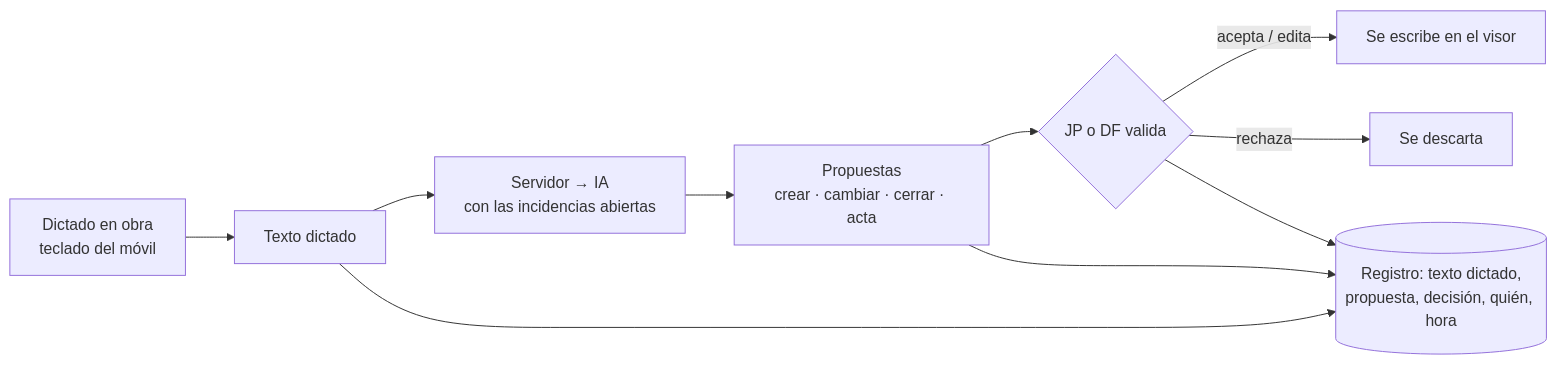
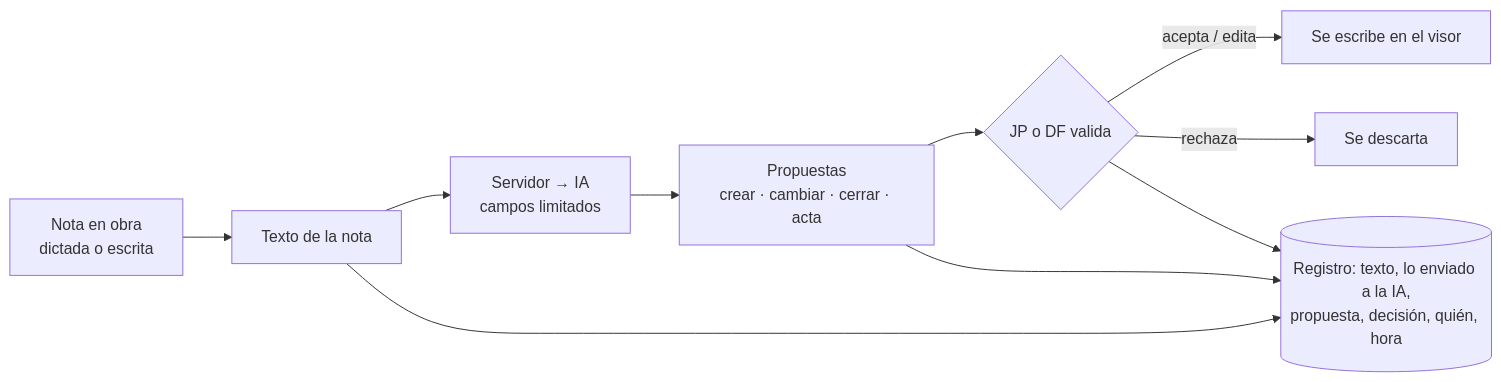
Before and after one commit to dsegarra-dev/visor-obra: the first of 2 diagrams in docs/specs/CR_ESP_VisorObra_PO_v2.0.md, drawn with Mermaid. The commit also changed other lines of this file and 14 other files, not shown here.

````diff
--- a/docs/specs/CR_ESP_VisorObra_PO_v2.0.md
+++ b/docs/specs/CR_ESP_VisorObra_PO_v2.0.md
@@ -160,12 +181,12 @@
 ```mermaid
 flowchart LR
-  A[Dictado en obra<br/>teclado del móvil] --> B[Texto dictado]
-  B --> C[Servidor → IA<br/>con las incidencias abiertas]
+  A[Nota en obra<br/>dictada o escrita] --> B[Texto de la nota]
+  B --> C[Servidor → IA<br/>campos limitados]
   C --> D[Propuestas<br/>crear · cambiar · cerrar · acta]
   D --> E{JP o DF valida}
   E -- acepta / edita --> F[Se escribe en el visor]
   E -- rechaza --> G[Se descarta]
-  B --> H[(Registro: texto dictado,<br/>propuesta, decisión, quién, hora)]
+  B --> H[(Registro: texto, lo enviado a la IA,<br/>propuesta, decisión, quién, hora)]
   D --> H
   E --> H
 ```
````
